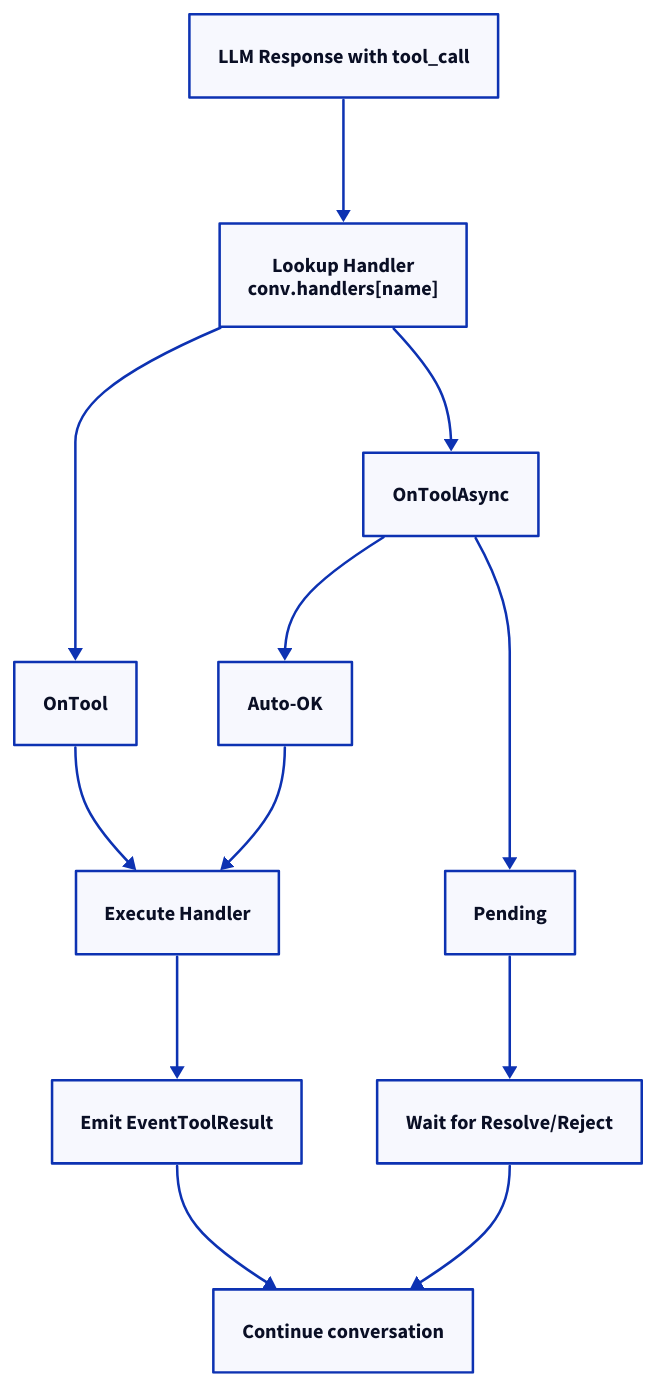
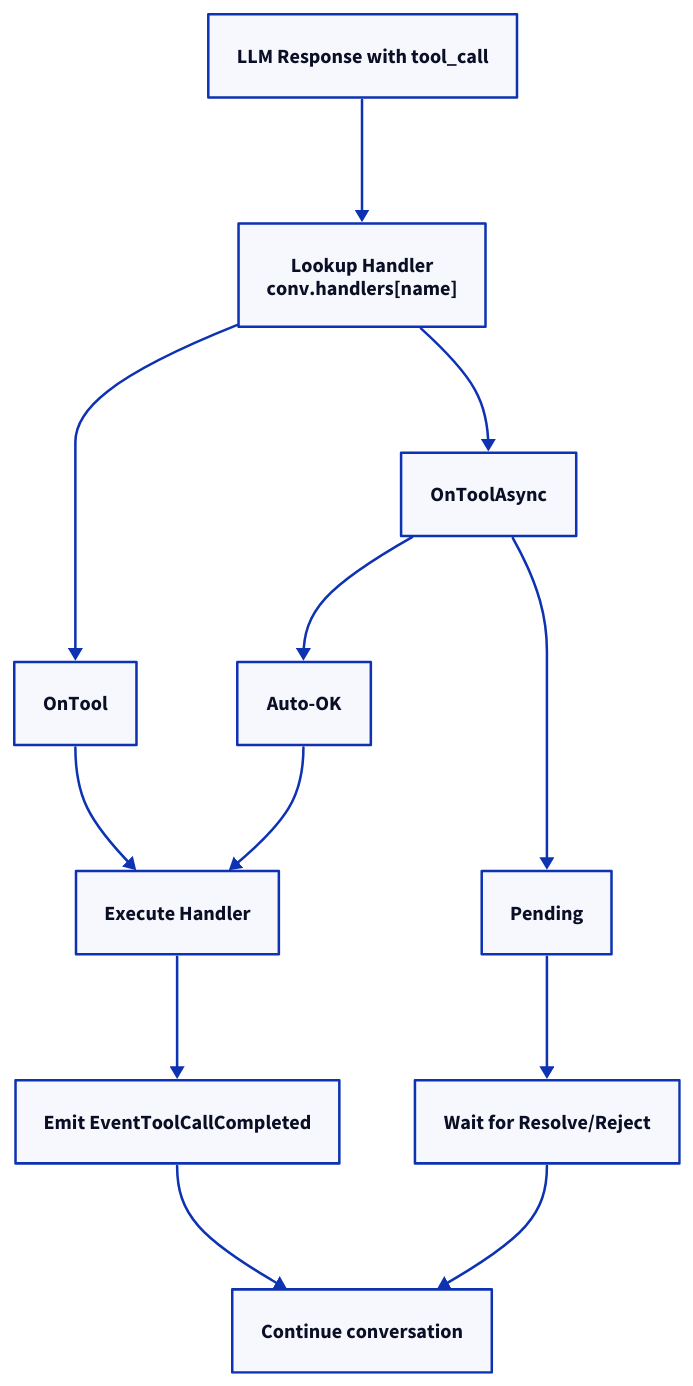
The third of 3 diagrams in docs/src/content/docs/sdk/explanation/architecture.md (AltairaLabs/PromptKit), drawn with D2 before and after one commit. The commit also changed other lines of this file and 83 other files, not shown here.

````diff
--- a/docs/src/content/docs/sdk/explanation/architecture.md
+++ b/docs/src/content/docs/sdk/explanation/architecture.md
@@ -133,29 +126,29 @@
 ```d2
 direction: down
 
 response: LLM Response with tool_call
 lookup: Lookup Handler {
   label: "Lookup Handler\nconv.handlers[name]"
 }
 
 on_tool: OnTool
 on_tool_async: OnToolAsync
 auto_ok: Auto-OK
 pending: Pending
 execute: Execute Handler
 wait: Wait for Resolve/Reject
-emit: Emit EventToolResult
+emit: Emit EventToolCallCompleted
 continue: Continue conversation
 
 response -> lookup
 lookup -> on_tool
 lookup -> on_tool_async
 on_tool -> execute
 on_tool_async -> auto_ok
 on_tool_async -> pending
 auto_ok -> execute
 execute -> emit
 pending -> wait
 wait -> continue
 emit -> continue
 ```
````
